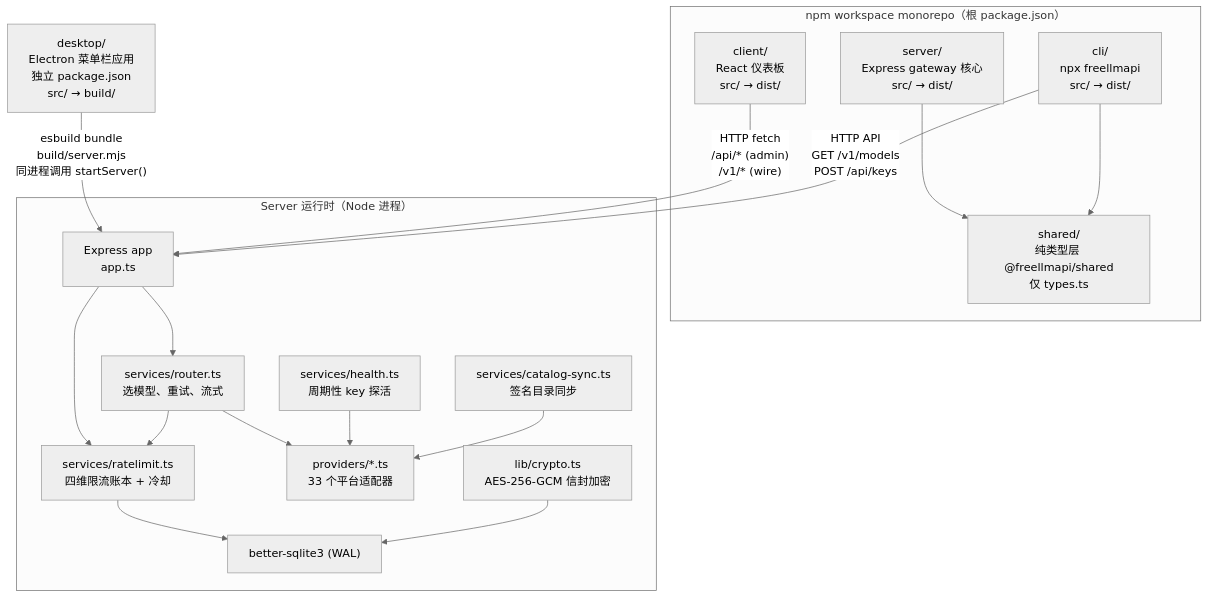
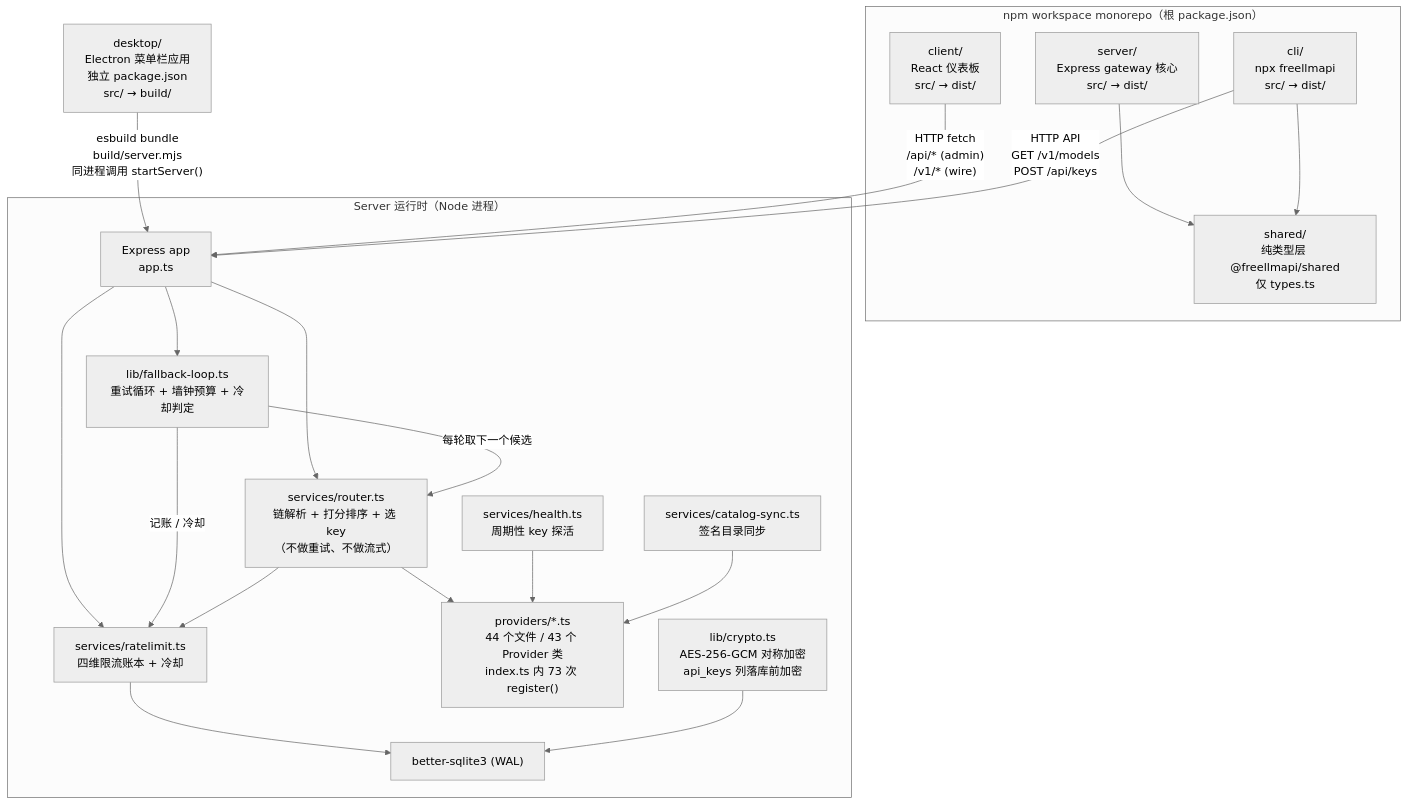
One commit to adrian9778/freellmapi changed the first of 2 diagrams in docs/adrian/sourceReader/01-简单框架-系统骨架.md. Above: the diagram before and after it, drawn with Mermaid (neutral theme). The commit also changed other lines of this file and 18 other files, not shown here.

````diff
--- a/docs/adrian/sourceReader/01-简单框架-系统骨架.md
+++ b/docs/adrian/sourceReader/01-简单框架-系统骨架.md
@@ -21,36 +24,40 @@
 ```mermaid
 flowchart TB
     subgraph monorepo["npm workspace monorepo（根 package.json）"]
         shared["shared/<br/>纯类型层 @freellmapi/shared<br/>仅 types.ts"]
         server["server/<br/>Express gateway 核心<br/>src/ → dist/"]
         cli["cli/<br/>npx freellmapi<br/>src/ → dist/"]
         client["client/<br/>React 仪表板<br/>src/ → dist/"]
     end
 
     desktop["desktop/<br/>Electron 菜单栏应用<br/>独立 package.json<br/>src/ → build/"]
 
     subgraph serverRuntime["Server 运行时（Node 进程）"]
         express["Express app<br/>app.ts"]
-        routerSvc["services/router.ts<br/>选模型、重试、流式"]
+        routerSvc["services/router.ts<br/>链解析 + 打分排序 + 选 key<br/>（不做重试、不做流式）"]
+        fallbackSvc["lib/fallback-loop.ts<br/>重试循环 + 墙钟预算 + 冷却判定"]
         ratelimitSvc["services/ratelimit.ts<br/>四维限流账本 + 冷却"]
         healthSvc["services/health.ts<br/>周期性 key 探活"]
         catalogSync["services/catalog-sync.ts<br/>签名目录同步"]
-        providers["providers/*.ts<br/>33 个平台适配器"]
+        providers["providers/*.ts<br/>44 个文件 / 43 个 Provider 类<br/>index.ts 内 73 次 register()"]
         sqlite["better-sqlite3 (WAL)"]
-        crypto["lib/crypto.ts<br/>AES-256-GCM 信封加密"]
+        crypto["lib/crypto.ts<br/>AES-256-GCM 对称加密<br/>api_keys 列落库前加密"]
     end
 
     desktop -->|"esbuild bundle<br/>build/server.mjs<br/>同进程调用 startServer()"| express
     client -->|"HTTP fetch<br/>/api/* (admin)<br/>/v1/* (wire)"| express
     cli -->|"HTTP API<br/>GET /v1/models<br/>POST /api/keys"| express
     express --> routerSvc
+    express --> fallbackSvc
     express --> ratelimitSvc
+    fallbackSvc -->|"每轮取下一个候选"| routerSvc
+    fallbackSvc -->|"记账 / 冷却"| ratelimitSvc
     routerSvc --> providers
     routerSvc --> ratelimitSvc
     healthSvc --> providers
     catalogSync --> providers
     ratelimitSvc --> sqlite
     crypto --> sqlite
     server --> shared
     cli --> shared
 ```
````
